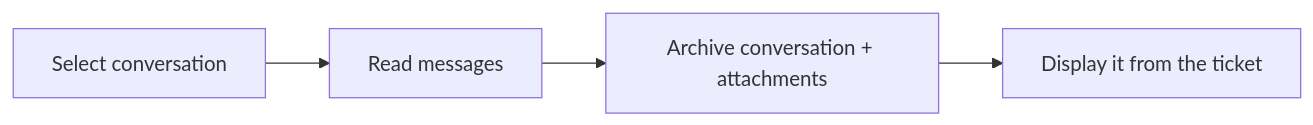
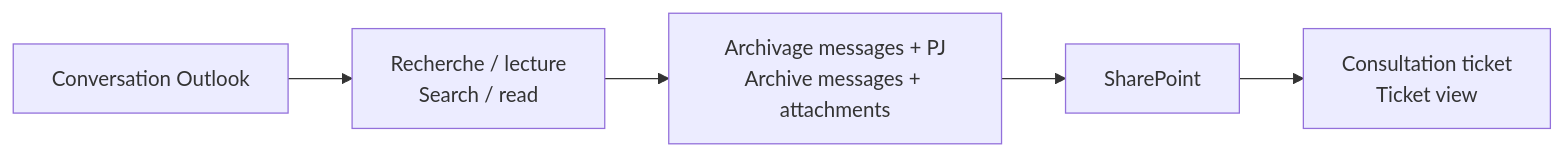
One commit to jeffersonkuku/jefferson-Mawapanga-Saku changed the third of 3 diagrams in projects/power-platform-ticketing-system/docs/ARCHITECTURE.md. Above: the diagram before and after it, drawn with Mermaid. The commit also changed other lines of this file and 13 other files, not shown here.

````diff
--- a/projects/power-platform-ticketing-system/docs/ARCHITECTURE.md
+++ b/projects/power-platform-ticketing-system/docs/ARCHITECTURE.md
@@ -48,6 +48,7 @@
 ```mermaid
 flowchart LR
-    A[Select conversation] --> B[Read messages]
-    B --> C[Archive conversation + attachments]
-    C --> D[Display it from the ticket]
+    A[Conversation Outlook] --> B[Recherche / lecture<br/>Search / read]
+    B --> C[Archivage messages + PJ<br/>Archive messages + attachments]
+    C --> D[SharePoint]
+    D --> E[Consultation ticket<br/>Ticket view]
 ```
````
